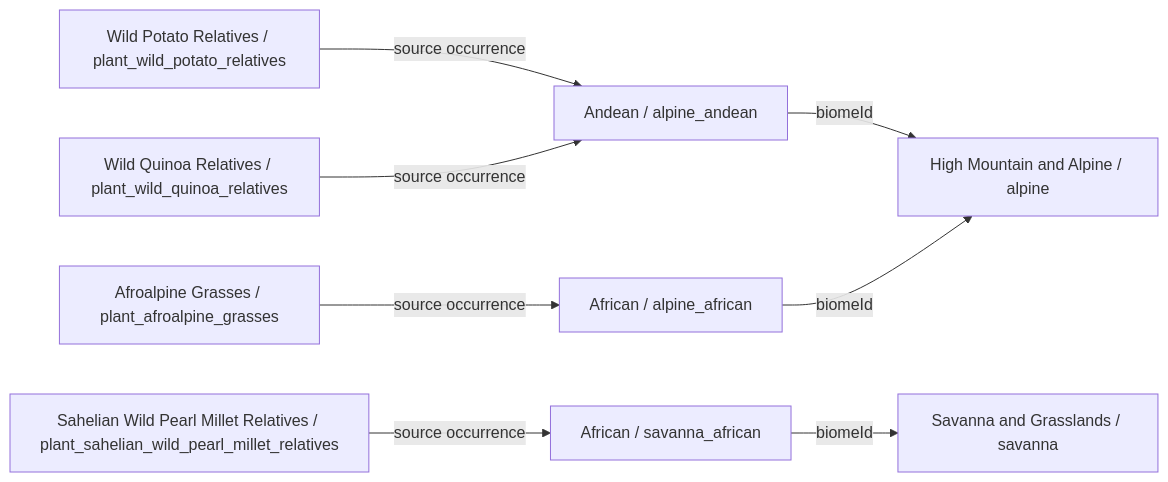
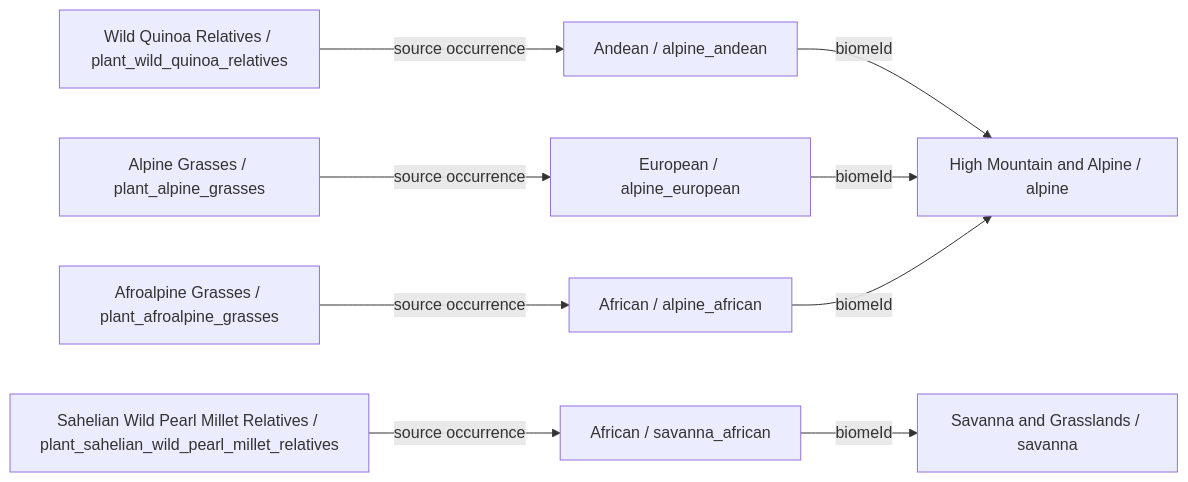
Before and after one commit to fgabo404/EvolveDoc: diagram 18 of 34 in data/plants/DIAGRAMS.md, drawn with Mermaid. The commit also changed other lines of this file and 59 other files, not shown here.

````diff
--- a/data/plants/DIAGRAMS.md
+++ b/data/plants/DIAGRAMS.md
@@ -669,19 +623,21 @@
 ```mermaid
 flowchart LR
-    c0["Wild Potato Relatives / plant_wild_potato_relatives"]
+    c0["Wild Quinoa Relatives / plant_wild_quinoa_relatives"]
     v23["Andean / alpine_andean"]
     b6["High Mountain and Alpine / alpine"]
-    c1["Wild Quinoa Relatives / plant_wild_quinoa_relatives"]
-    c2["Sahelian Wild Pearl Millet Relatives / plant_sahelian_wild_pearl_millet_relatives"]
+    c1["Sahelian Wild Pearl Millet Relatives / plant_sahelian_wild_pearl_millet_relatives"]
     v11["African / savanna_african"]
     b3["Savanna and Grasslands / savanna"]
-    c3["Afroalpine Grasses / plant_afroalpine_grasses"]
+    c2["Afroalpine Grasses / plant_afroalpine_grasses"]
     v26["African / alpine_african"]
+    c3["Alpine Grasses / plant_alpine_grasses"]
+    v25["European / alpine_european"]
     c0 -->|source occurrence| v23
-    c1 -->|source occurrence| v23
-    c2 -->|source occurrence| v11
-    c3 -->|source occurrence| v26
+    c1 -->|source occurrence| v11
+    c2 -->|source occurrence| v26
+    c3 -->|source occurrence| v25
     v11 -->|biomeId| b3
     v23 -->|biomeId| b6
+    v25 -->|biomeId| b6
     v26 -->|biomeId| b6
 ```
````
